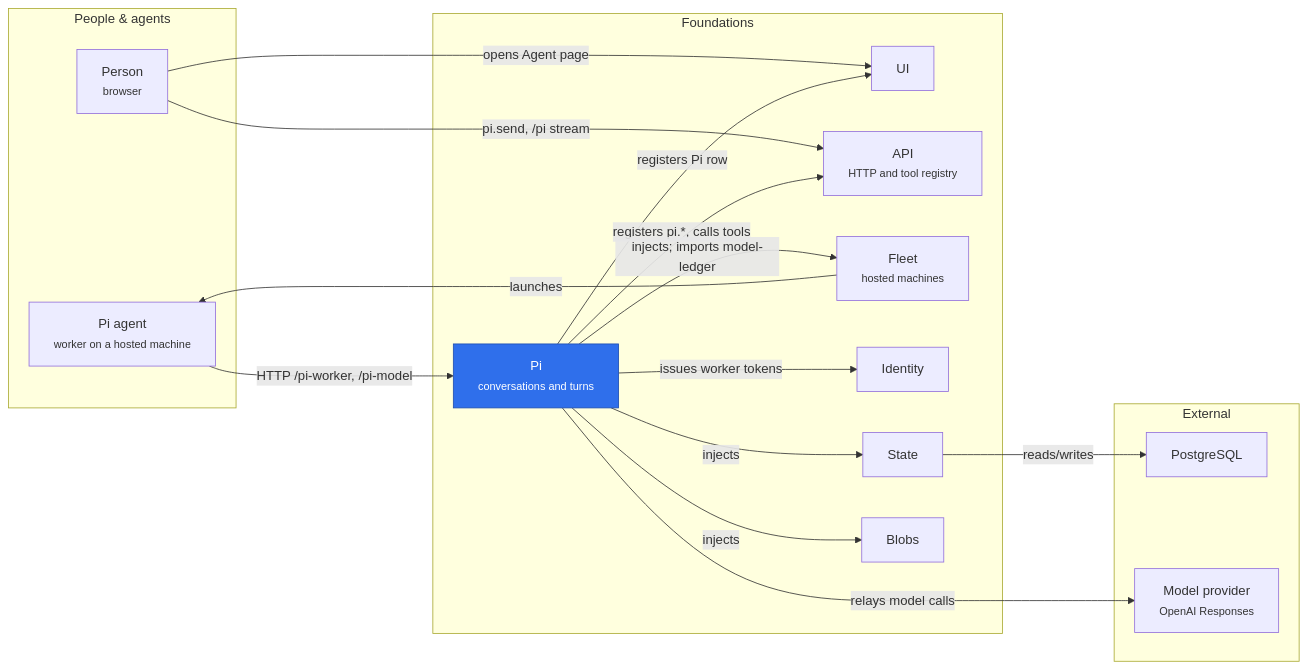
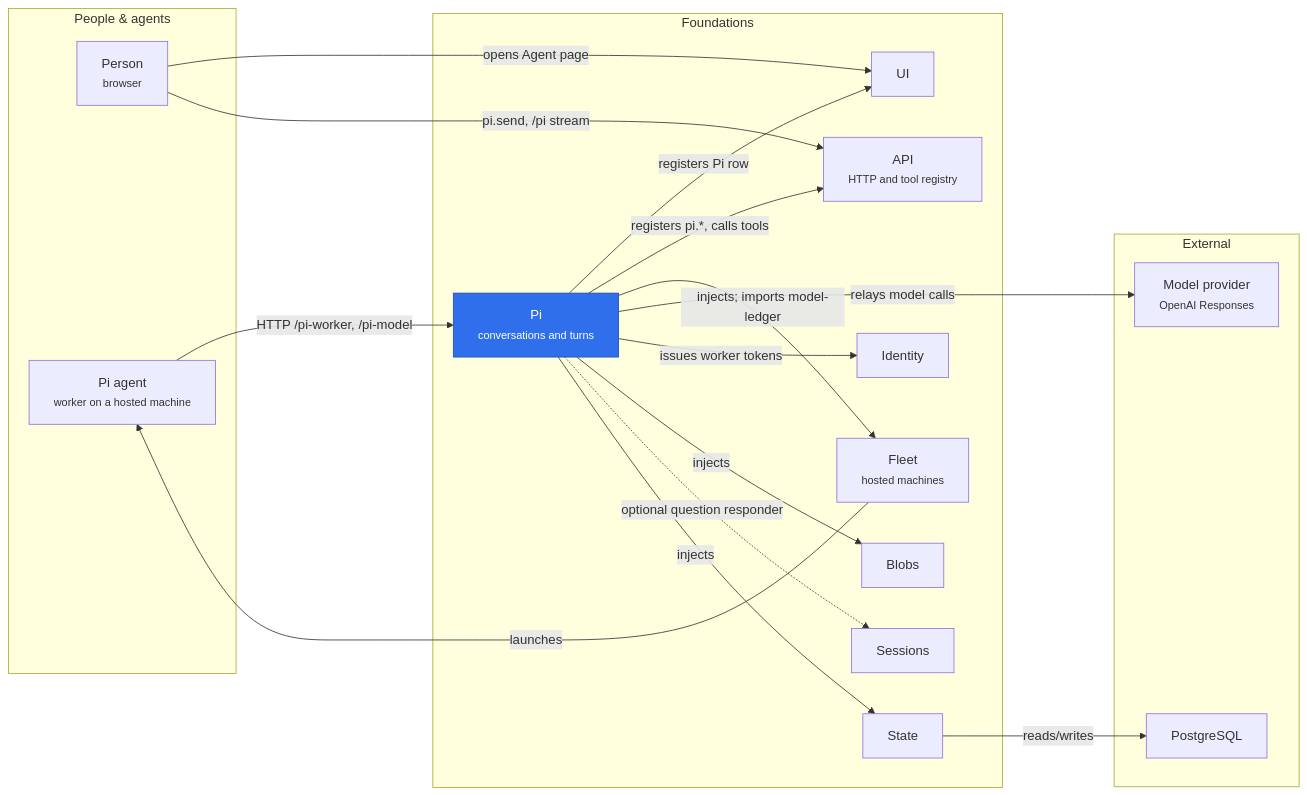
Before and after one commit to rapidreview-io/Merv: the diagram in merv-typescript/packages/pi/README.md, drawn with Mermaid. The commit also changed other lines of this file and 30 other files, not shown here.

````diff
--- a/merv-typescript/packages/pi/README.md
+++ b/merv-typescript/packages/pi/README.md
@@ -7,34 +7,36 @@
 ```mermaid
 flowchart LR
   subgraph people["People & agents"]
     person["Person<br/><small>browser</small>"]
     piWorker["Pi agent<br/><small>worker on a hosted machine</small>"]
   end
   subgraph foundations["Foundations"]
     pi["Pi<br/><small>conversations and turns</small>"]
+    sessions[Sessions]
     ui[UI]
     api["API<br/><small>HTTP and tool registry</small>"]
     fleet["Fleet<br/><small>hosted machines</small>"]
     identity[Identity]
     state[State]
     blobs[Blobs]
   end
   subgraph external["External"]
     postgres[PostgreSQL]
     model["Model provider<br/><small>OpenAI Responses</small>"]
   end
   person -- "opens Agent page" --> ui
   person -- "pi.send, /pi stream" --> api
   pi -- "registers Pi row" --> ui
   pi -- "registers pi.*, calls tools" --> api
   pi -- "injects; imports model-ledger" --> fleet
   fleet -- "launches" --> piWorker
   piWorker -- "HTTP /pi-worker, /pi-model" --> pi
   pi -- "relays model calls" --> model
   pi -- "issues worker tokens" --> identity
   pi -- "injects" --> blobs
+  pi -. "optional question responder" .-> sessions
   pi -- "injects" --> state
   state -- "reads/writes" --> postgres
   classDef self fill:#2f6feb,color:#fff,stroke:#1f4fb0
   class pi self
 ```
````
